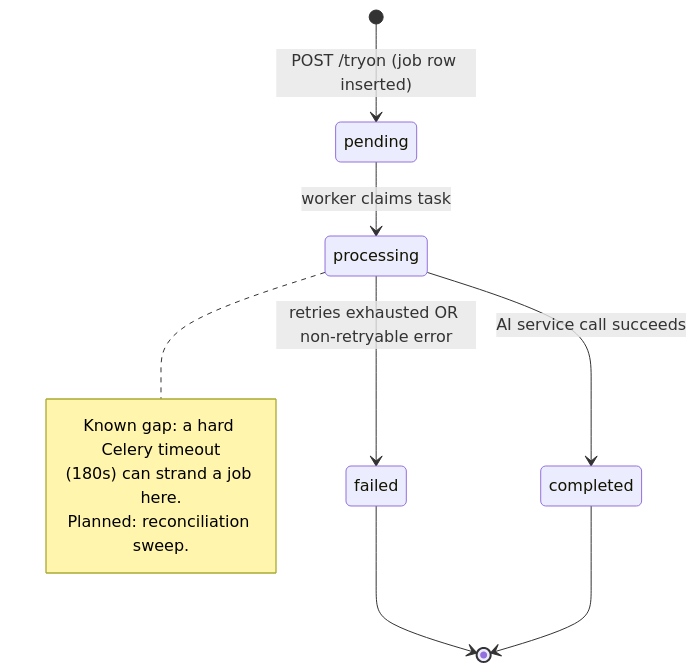
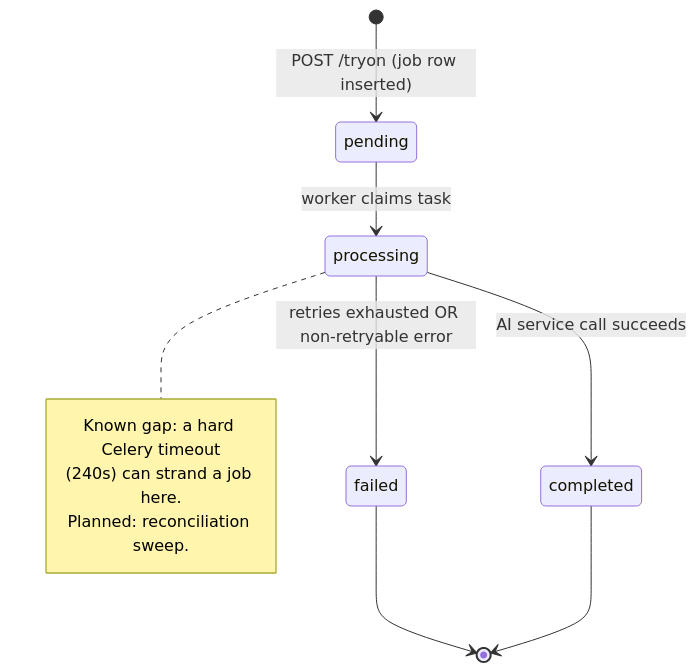
The diagram in docs/QUEUE_ARCHITECTURE.md (ahmedsaadelghaly-png/Fit-Mirror), drawn with Mermaid before and after one commit. The commit also changed other lines of this file and 20 other files, not shown here.

````diff
--- a/docs/QUEUE_ARCHITECTURE.md
+++ b/docs/QUEUE_ARCHITECTURE.md
@@ -120,15 +120,15 @@
 ```mermaid
 stateDiagram-v2
     [*] --> pending: POST /tryon (job row inserted)
     pending --> processing: worker claims task
     processing --> completed: AI service call succeeds
     processing --> failed: retries exhausted OR non-retryable error
     failed --> [*]
     completed --> [*]
 
     note right of processing
         Known gap: a hard Celery timeout
-        (180s) can strand a job here.
+        (240s) can strand a job here.
         Planned: reconciliation sweep.
     end note
 ```
````
